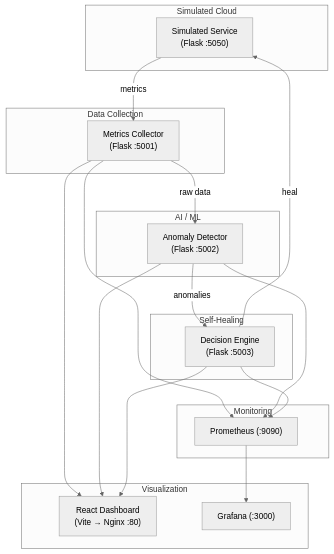
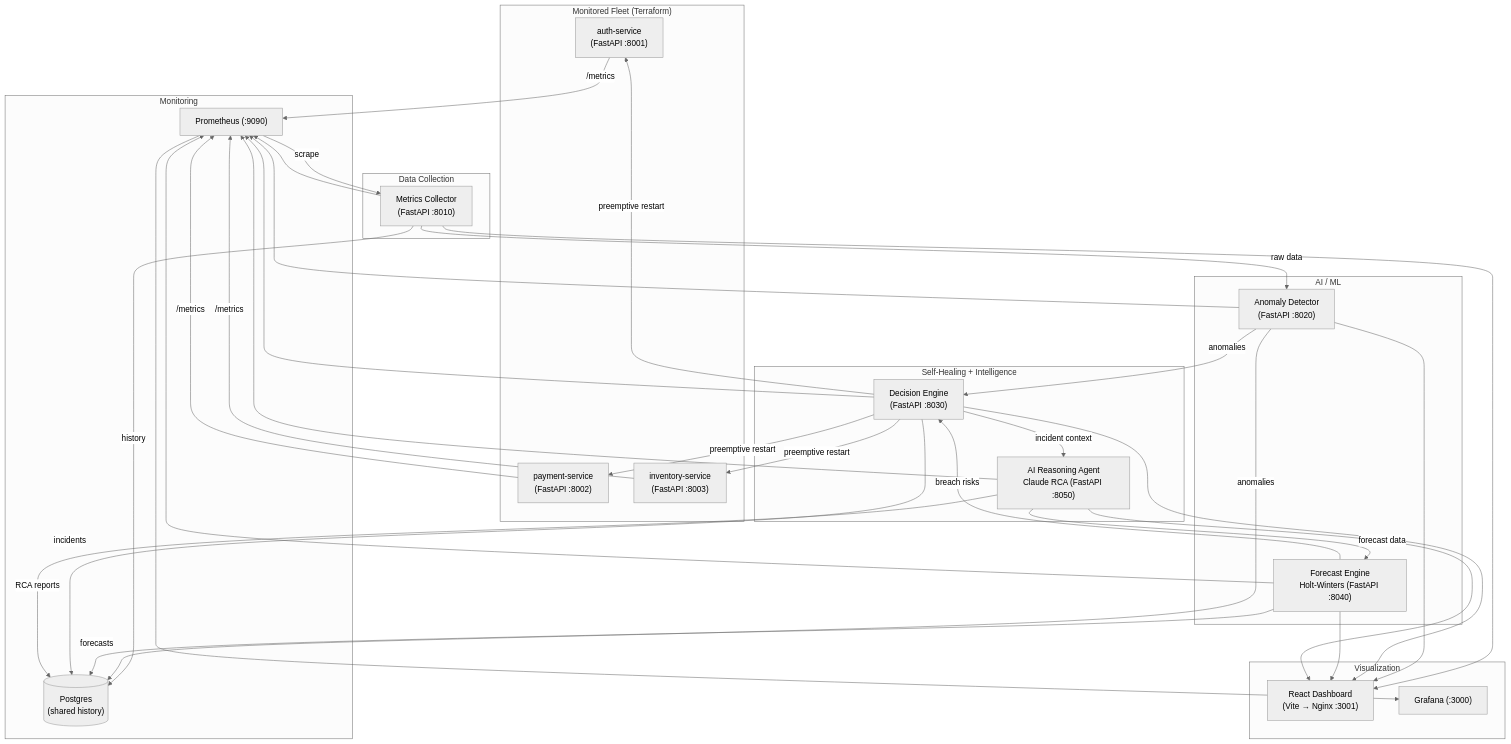
One commit to Apollonartemius/CLOUD-GUARDIAN changed the first of 2 diagrams in docs/project_walkthrough.md. Above: the diagram before and after it, drawn with Mermaid (neutral theme). The commit also changed other lines of this file, not shown here.

Commit message:
docs: refresh project walkthrough for Phase 7 (predictive, AI RCA, auth, CI)

````diff
--- a/docs/project_walkthrough.md
+++ b/docs/project_walkthrough.md
@@ -83,41 +118,65 @@
 ```mermaid
 graph TD
-    subgraph "Simulated Cloud"
-        SS["Simulated Service<br/>(Flask :5050)"]
+    subgraph "Monitored Fleet (Terraform)"
+        SS1["auth-service<br/>(FastAPI :8001)"]
+        SS2["payment-service<br/>(FastAPI :8002)"]
+        SS3["inventory-service<br/>(FastAPI :8003)"]
     end
 
     subgraph "Data Collection"
-        MC["Metrics Collector<br/>(Flask :5001)"]
+        MC["Metrics Collector<br/>(FastAPI :8010)"]
     end
 
     subgraph "AI / ML"
-        AD["Anomaly Detector<br/>(Flask :5002)"]
+        AD["Anomaly Detector<br/>(FastAPI :8020)"]
+        FE["Forecast Engine<br/>Holt-Winters (FastAPI :8040)"]
     end
 
-    subgraph "Self-Healing"
-        DE["Decision Engine<br/>(Flask :5003)"]
+    subgraph "Self-Healing + Intelligence"
+        DE["Decision Engine<br/>(FastAPI :8030)"]
+        AG["AI Reasoning Agent<br/>Claude RCA (FastAPI :8050)"]
     end
 
     subgraph "Visualization"
-        DB["React Dashboard<br/>(Vite → Nginx :80)"]
+        DB["React Dashboard<br/>(Vite → Nginx :3001)"]
         GF["Grafana (:3000)"]
     end
 
     subgraph "Monitoring"
         PM["Prometheus (:9090)"]
+        PG[("Postgres<br/>(shared history)")]
     end
 
-    SS -->|metrics| MC
+    SS1 -->|/metrics| PM
+    SS2 -->|/metrics| PM
+    SS3 -->|/metrics| PM
+
+    PM -->|scrape| MC
+    MC -->|history| PG
+    AD -->|anomalies| PG
+    FE -->|forecasts| PG
+    DE -->|incidents| PG
+
     MC -->|raw data| AD
     AD -->|anomalies| DE
-    DE -->|heal| SS
+    FE -->|breach risks| DE
+    DE -->|preemptive restart| SS1
+    DE -->|preemptive restart| SS2
+    DE -->|preemptive restart| SS3
+    DE -->|incident context| AG
+    AG -->|forecast data| FE
+    AG -->|RCA reports| PG
 
     MC --> PM
     AD --> PM
     DE --> PM
+    FE --> PM
+    AG --> PM
 
     PM --> GF
     MC --> DB
     AD --> DB
     DE --> DB
+    FE --> DB
+    AG --> DB
 ```
````
